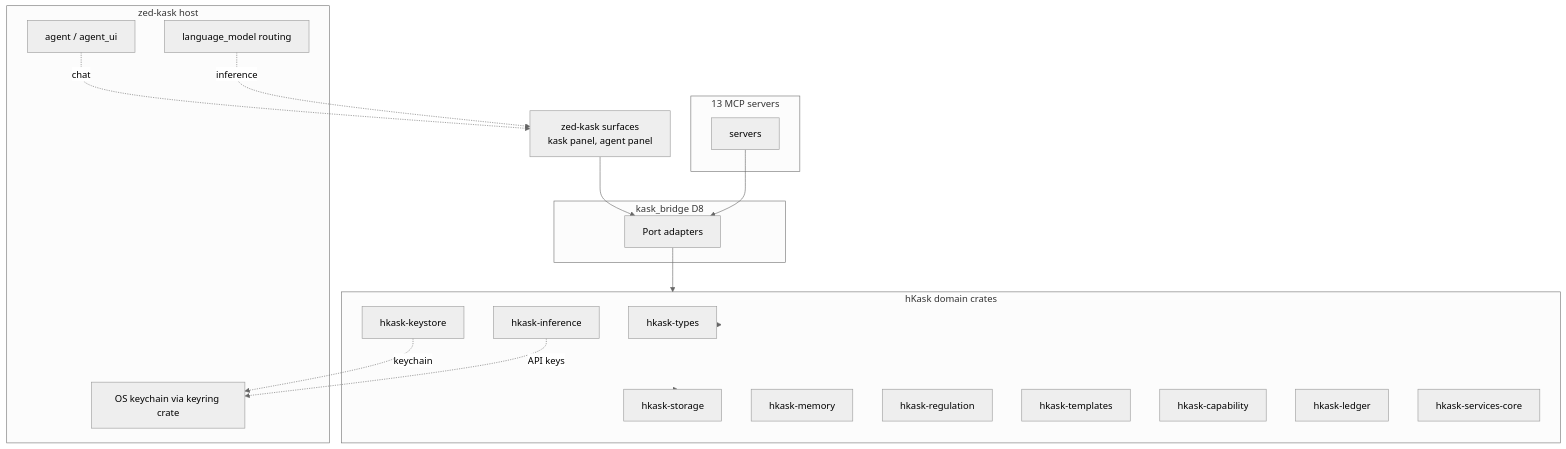
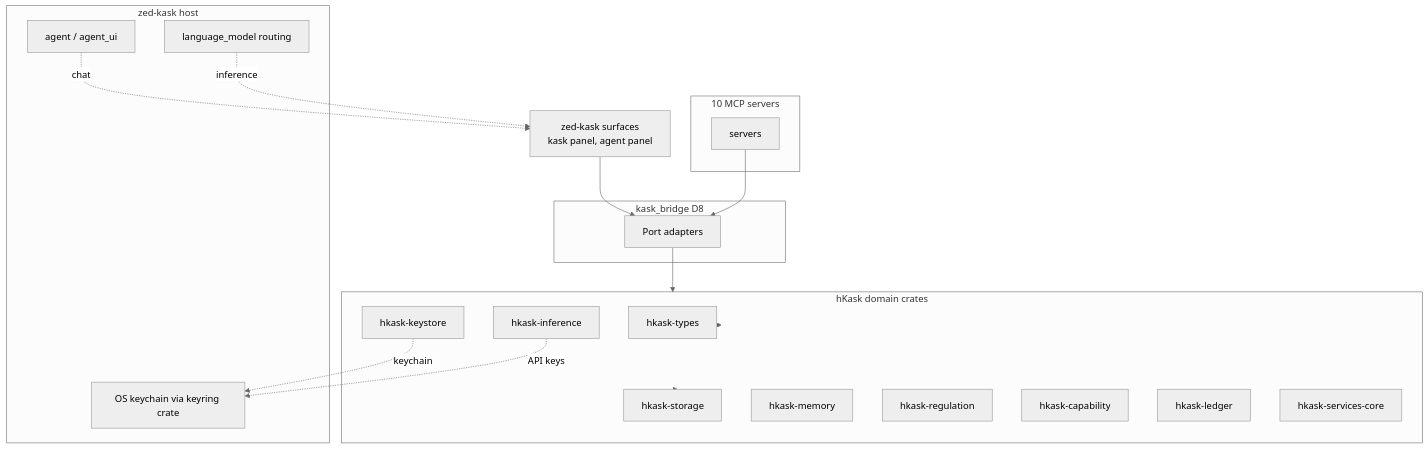
One commit to mdz-axo/zed-kask changed the diagram in kask/docs/architecture/core/MDS.md. Above: the diagram before and after it, drawn with Mermaid (neutral theme). The commit also changed other lines of this file and 9 other files, not shown here.

````diff
--- a/kask/docs/architecture/core/MDS.md
+++ b/kask/docs/architecture/core/MDS.md
@@ -539,37 +539,36 @@
 ```mermaid
 graph TD
     ZEDSURF["zed-kask surfaces<br/>kask panel, agent panel"]
     subgraph BRIDGE["kask_bridge D8"]
         ADAPT["Port adapters"]
     end
-    subgraph MCP["13 MCP servers"]
+    subgraph MCP["10 MCP servers"]
         MSRV[servers]
     end
     subgraph HKASK["hKask domain crates"]
         TYPES[hkask-types]
         STORE[hkask-storage]
         MEM[hkask-memory]
         REG[hkask-regulation]
-        TEMPLATES[hkask-templates]
         CAP[hkask-capability]
         KS[hkask-keystore]
         LEDGER[hkask-ledger]
         INF[hkask-inference]
         SVCCORE[hkask-services-core]
     end
     subgraph ZED["zed-kask host"]
         CRED[OS keychain via keyring crate]
         LM[language_model routing]
         AGENT[agent / agent_ui]
     end
 
     ZEDSURF --> ADAPT
     MSRV --> ADAPT
     ADAPT --> HKASK
     KS -.->|keychain| CRED
     INF -.->|API keys| CRED
     HKASK --> TYPES
     HKASK --> STORE
     AGENT -.->|chat| ZEDSURF
     LM -.->|inference| ZEDSURF
 ```
````
